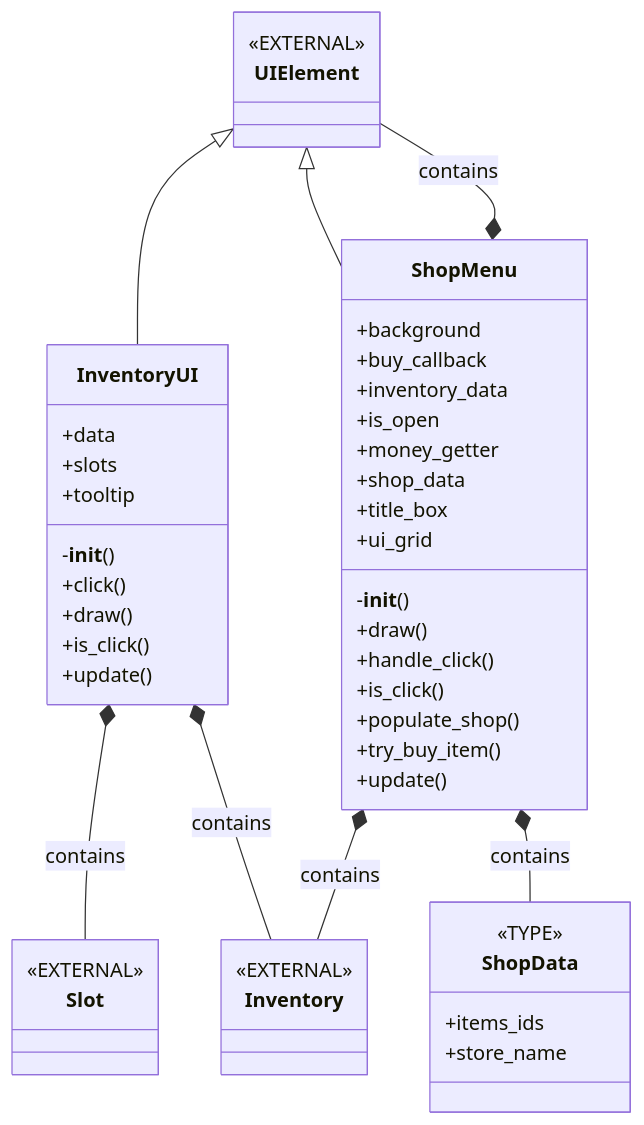
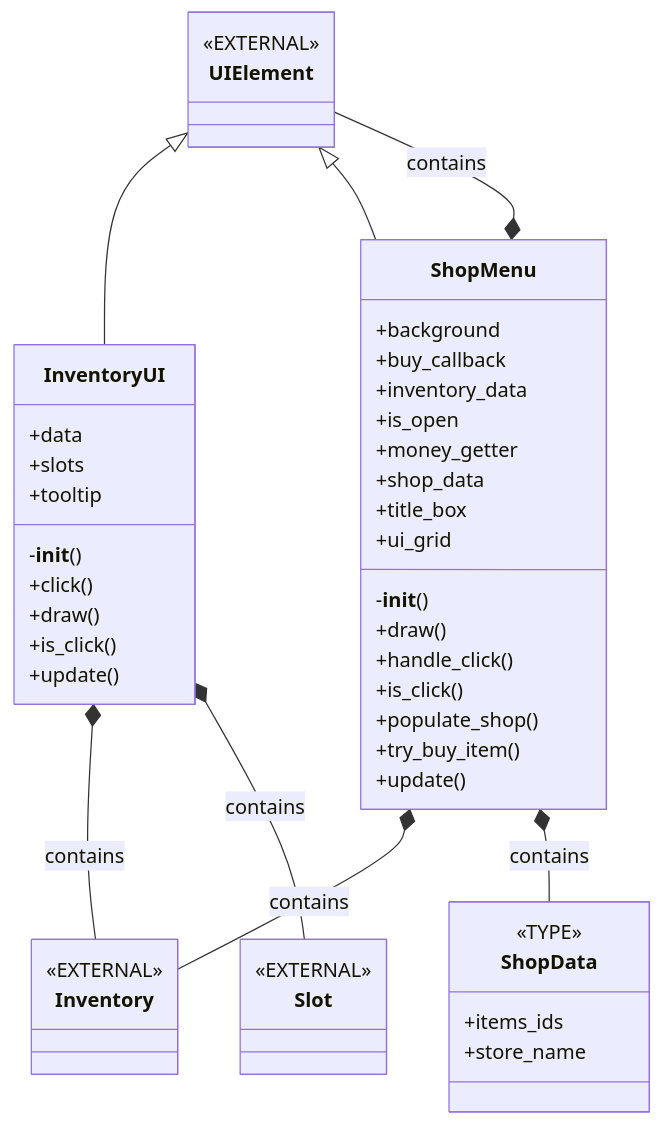
The diagram in uml/inventory_uml.md (FlamboyantKiwi/Python-Plant-Sim), drawn with Mermaid before and after one commit. The commit also changed other lines of this file and 11 other files, not shown here.

First line of the commit message:
Make UML generation robust; update UML docs

````diff
--- a/uml/inventory_uml.md
+++ b/uml/inventory_uml.md
@@ -1,51 +1,51 @@
 ```mermaid
 classDiagram
     UIElement <|-- InventoryUI
     UIElement <|-- ShopMenu
+    ShopMenu *-- Inventory : contains
     ShopMenu *-- UIElement : contains
+    ShopMenu *-- ShopData : contains
+    InventoryUI *-- Inventory : contains
     InventoryUI *-- Slot : contains
-    ShopMenu *-- Inventory : contains
-    InventoryUI *-- Inventory : contains
-    ShopMenu *-- ShopData : contains
     class Inventory {
         <<EXTERNAL>>
     }
     class ShopData {
         <<TYPE>>
         +items_ids
         +store_name
     }
     class Slot {
         <<EXTERNAL>>
     }
     class UIElement {
         <<EXTERNAL>>
     }
     class InventoryUI {
         +data
         +slots
         +tooltip
         -__init__()
         +click()
         +draw()
         +is_click()
         +update()
     }
     class ShopMenu {
         +background
         +buy_callback
         +inventory_data
         +is_open
         +money_getter
         +shop_data
         +title_box
         +ui_grid
         -__init__()
         +draw()
         +handle_click()
         +is_click()
         +populate_shop()
         +try_buy_item()
         +update()
     }
 ```
````
